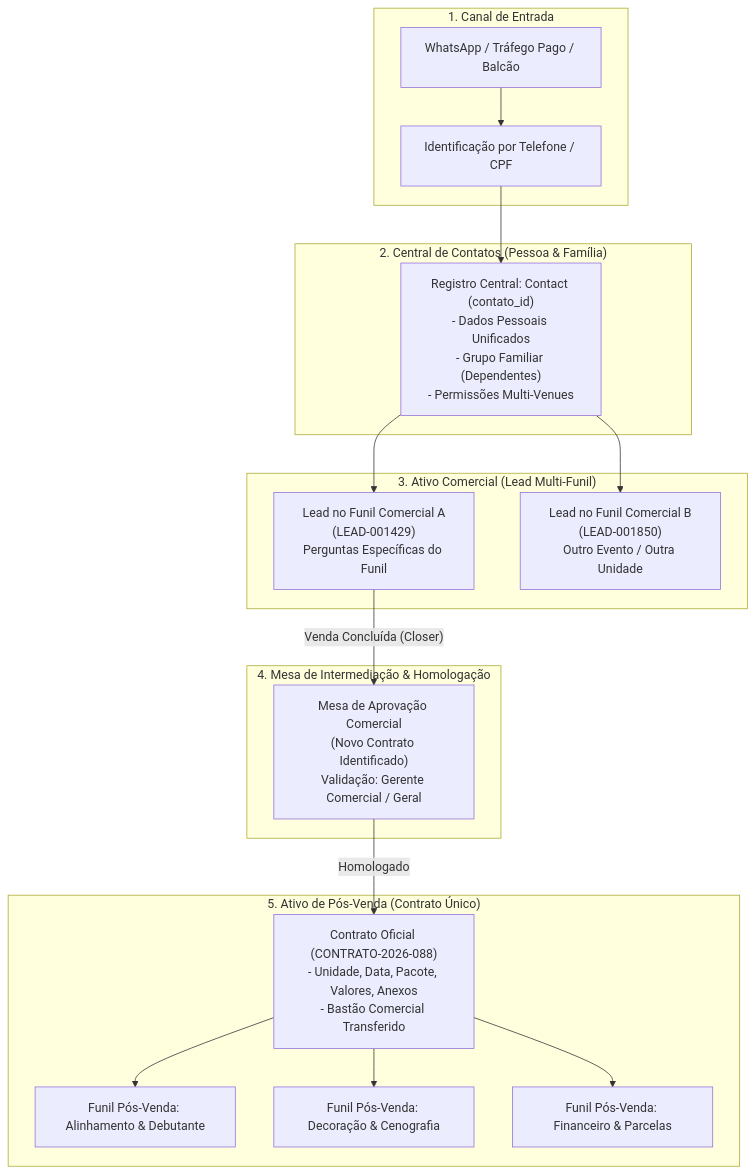
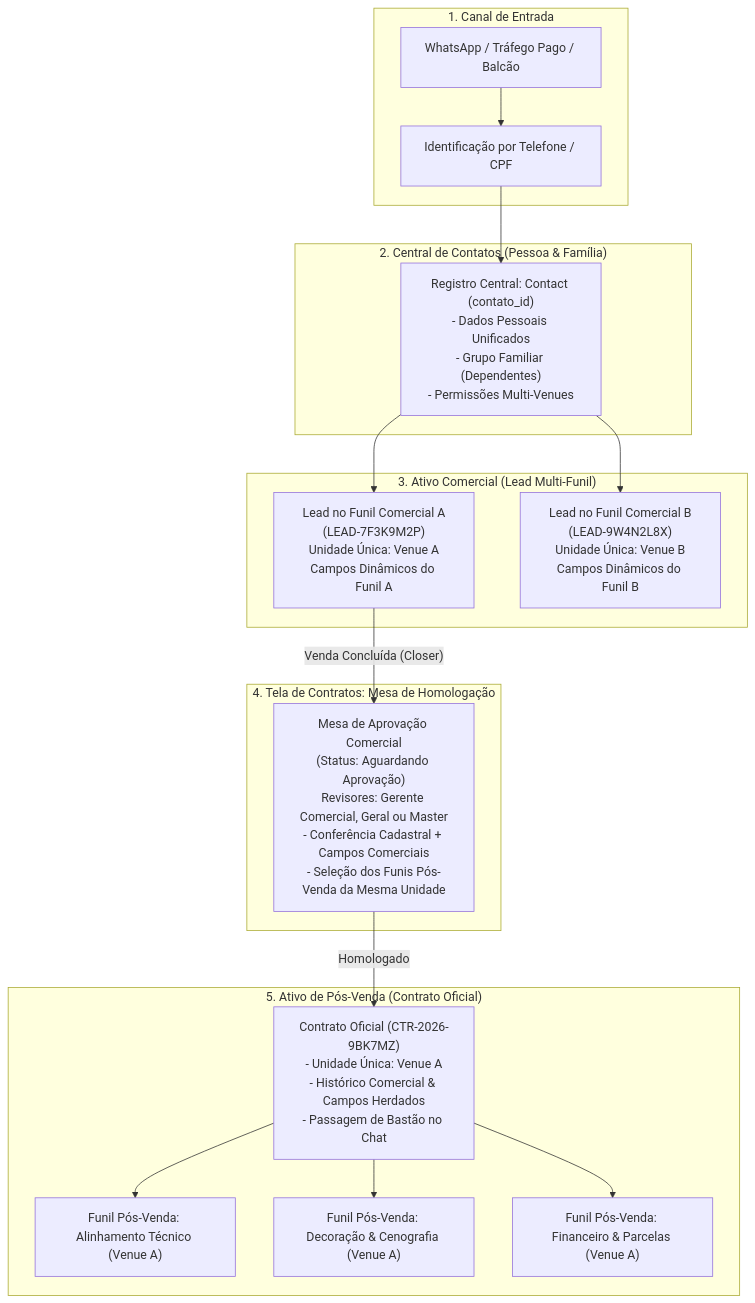
The first of 3 diagrams in docs/PLANO_ACAO_CENTRAL_CONTATOS_E_CONTRATOS.md (bonomofestas-web/Bonomo), drawn with Mermaid before and after one commit. The commit also changed other lines of this file, not shown here.

Commit message:
docs: update action plan with base36 codes, approval table rules and venue isolation

````diff
--- a/docs/PLANO_ACAO_CENTRAL_CONTATOS_E_CONTRATOS.md
+++ b/docs/PLANO_ACAO_CENTRAL_CONTATOS_E_CONTRATOS.md
@@ -21,27 +21,27 @@
 ```mermaid
 flowchart TD
     subgraph Entrada["1. Canal de Entrada"]
         WPP["WhatsApp / Tráfego Pago / Balcão"] --> Identify["Identificação por Telefone / CPF"]
     end
 
     subgraph CentralContatos["2. Central de Contatos (Pessoa & Família)"]
         Identify --> Contact["Registro Central: Contact (contato_id)\n- Dados Pessoais Unificados\n- Grupo Familiar (Dependentes)\n- Permissões Multi-Venues"]
     end
 
     subgraph Comercial["3. Ativo Comercial (Lead Multi-Funil)"]
-        Contact --> LeadA["Lead no Funil Comercial A\n(LEAD-001429)\nPerguntas Específicas do Funil"]
-        Contact --> LeadB["Lead no Funil Comercial B\n(LEAD-001850)\nOutro Evento / Outra Unidade"]
+        Contact --> LeadA["Lead no Funil Comercial A\n(LEAD-7F3K9M2P)\nUnidade Única: Venue A\nCampos Dinâmicos do Funil A"]
+        Contact --> LeadB["Lead no Funil Comercial B\n(LEAD-9W4N2L8X)\nUnidade Única: Venue B\nCampos Dinâmicos do Funil B"]
     end
 
-    subgraph MesaAprovacao["4. Mesa de Intermediação & Homologação"]
-        LeadA -- "Venda Concluída (Closer)" --> ApprovalTable["Mesa de Aprovação Comercial\n(Novo Contrato Identificado)\nValidação: Gerente Comercial / Geral"]
+    subgraph MesaAprovacao["4. Tela de Contratos: Mesa de Homologação"]
+        LeadA -- "Venda Concluída (Closer)" --> ApprovalTable["Mesa de Aprovação Comercial\n(Status: Aguardando Aprovação)\nRevisores: Gerente Comercial, Geral ou Master\n- Conferência Cadastral + Campos Comerciais\n- Seleção dos Funis Pós-Venda da Mesma Unidade"]
     end
 
-    subgraph ContratoPosVenda["5. Ativo de Pós-Venda (Contrato Único)"]
-        ApprovalTable -- "Homologado" --> ContractEntity["Contrato Oficial (CONTRATO-2026-088)\n- Unidade, Data, Pacote, Valores, Anexos\n- Bastão Comercial Transferido"]
+    subgraph ContratoPosVenda["5. Ativo de Pós-Venda (Contrato Oficial)"]
+        ApprovalTable -- "Homologado" --> ContractEntity["Contrato Oficial (CTR-2026-9BK7MZ)\n- Unidade Única: Venue A\n- Histórico Comercial & Campos Herdados\n- Passagem de Bastão no Chat"]
         
-        ContractEntity --> PosFunnel1["Funil Pós-Venda: Alinhamento & Debutante"]
-        ContractEntity --> PosFunnel2["Funil Pós-Venda: Decoração & Cenografia"]
-        ContractEntity --> PosFunnel3["Funil Pós-Venda: Financeiro & Parcelas"]
+        ContractEntity --> PosFunnel1["Funil Pós-Venda: Alinhamento Técnico (Venue A)"]
+        ContractEntity --> PosFunnel2["Funil Pós-Venda: Decoração & Cenografia (Venue A)"]
+        ContractEntity --> PosFunnel3["Funil Pós-Venda: Financeiro & Parcelas (Venue A)"]
     end
 ```
````
